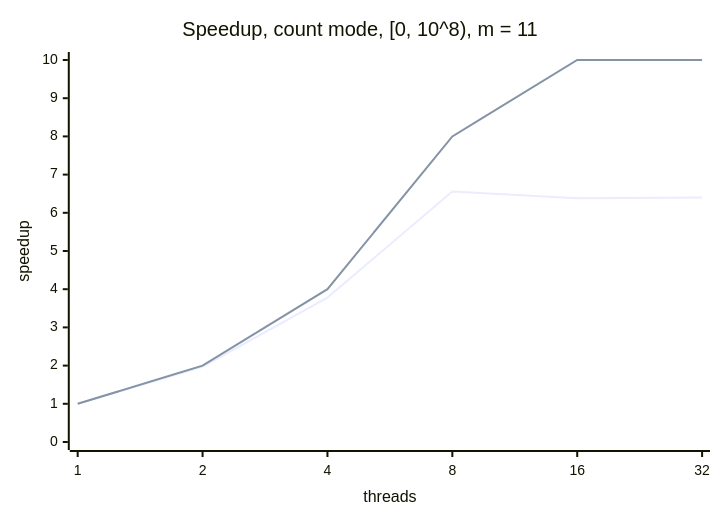
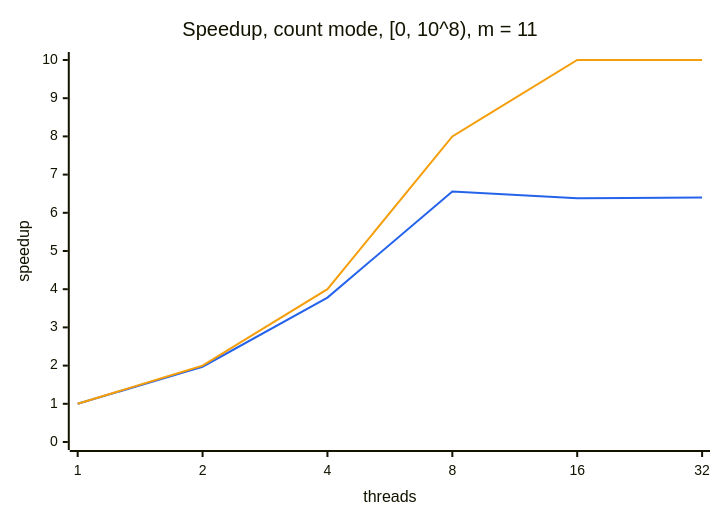
One commit to AJBouw/iban-calculator changed the first of 2 diagrams in docs/measurements.md. Above: the diagram before and after it, drawn with Mermaid. The commit also changed other lines of this file and 2 other files, not shown here.

Commit message:
docs: add a third measurement and the speedup figure

````diff
--- a/docs/measurements.md
+++ b/docs/measurements.md
@@ -58,8 +58,14 @@
 ```mermaid
+---
+config:
+  themeVariables:
+    xyChart:
+      plotColorPalette: "#2563eb, #f59e0b"
+---
 xychart-beta
     title "Speedup, count mode, [0, 10^8), m = 11"
-    x-axis "threads" [1, 2, 4, 8, 16, 32]
-    y-axis "speedup" 0 --> 10
-    line [1.00, 1.97, 3.78, 6.56, 6.38, 6.40]
-    line [1, 2, 4, 8, 10, 10]
+x-axis "threads" [1, 2, 4, 8, 16, 32]
+y-axis "speedup" 0 --> 10
+line [1.00, 1.97, 3.78, 6.56, 6.38, 6.40]
+line [1, 2, 4, 8, 10, 10]
 ```
````
